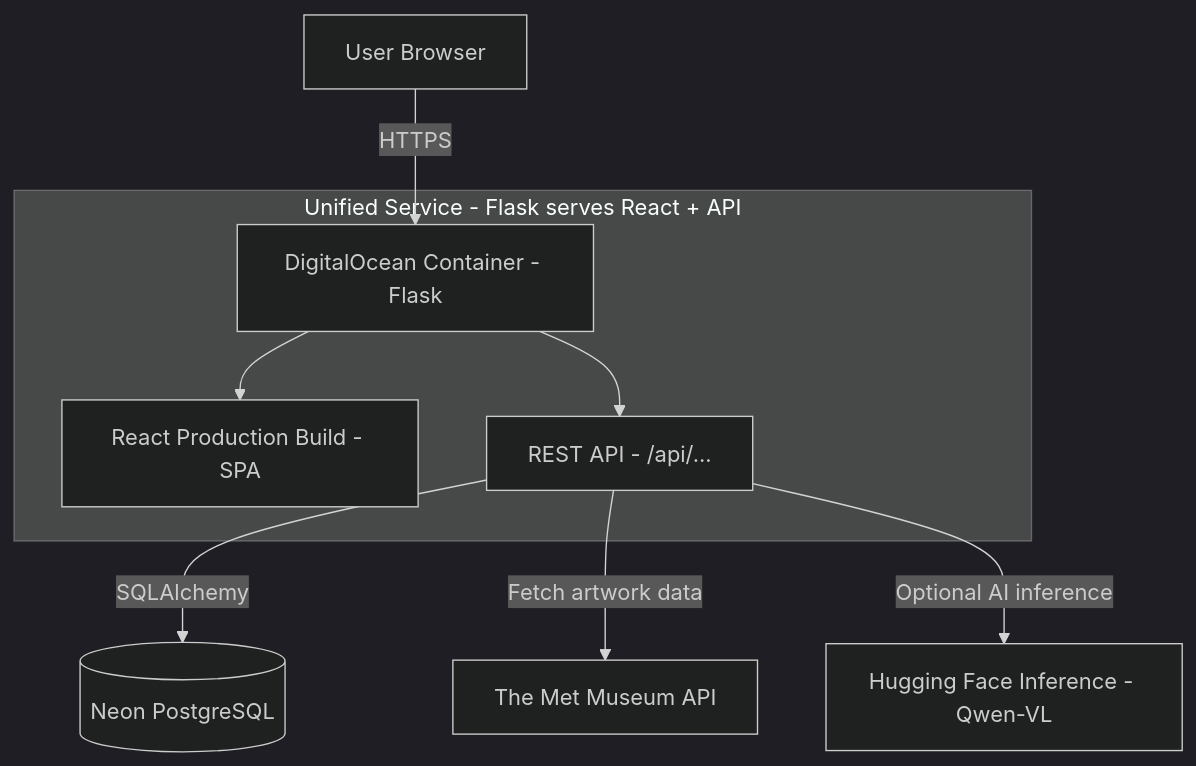
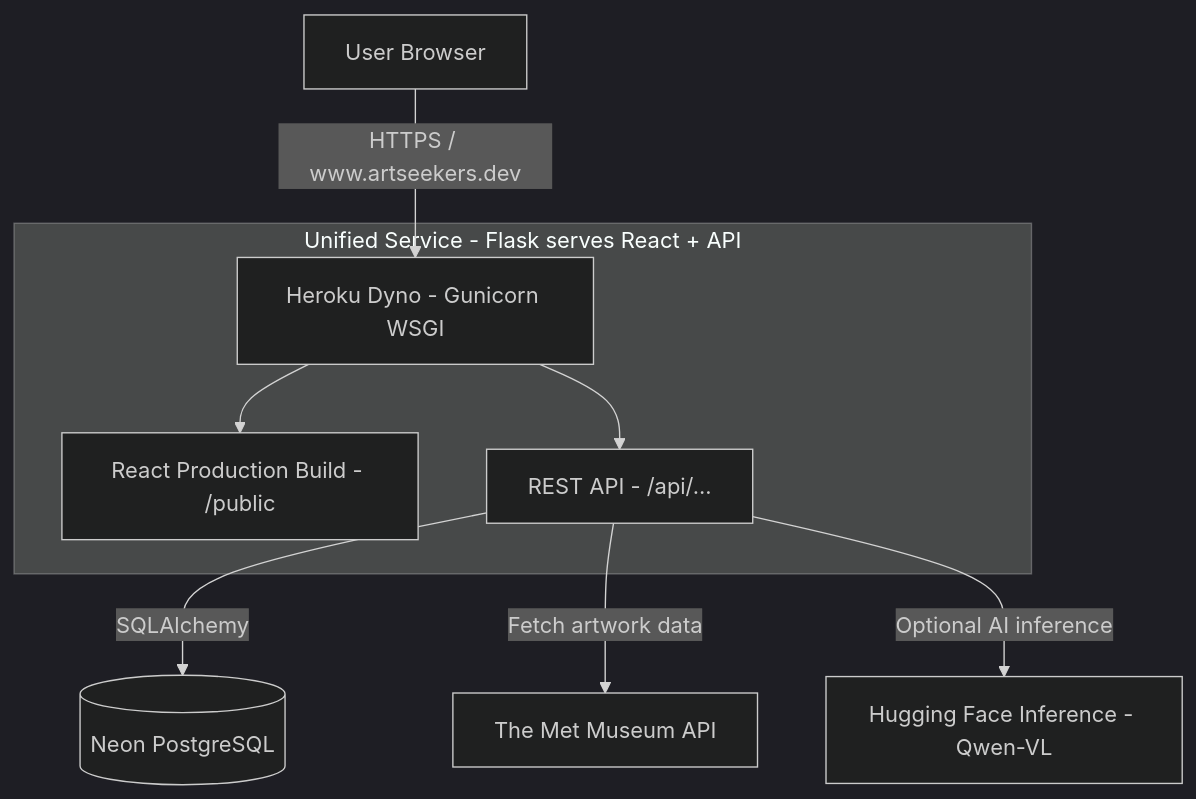
The diagram in README.md (Aleska134/Artseekers), drawn with Mermaid (dark theme) before and after one commit. The commit also changed other lines of this file, not shown here.

Commit message:
Update README with Heroku deployment architecture and live domain

````diff
--- a/README.md
+++ b/README.md
@@ -44,15 +40,15 @@
 ```mermaid
 flowchart TB
-  U[User Browser] -->|HTTPS| SVC[DigitalOcean Container - Flask]
-
+  U[User Browser] -->|HTTPS / www.artseekers.dev| HEROKU[Heroku Dyno - Gunicorn WSGI]
+ 
   subgraph APP[Unified Service - Flask serves React + API]
-    UI[React Production Build - SPA]
+    UI[React Production Build - /public]
     API[REST API - /api/...]
-    SVC --> UI
-    SVC --> API
+    HEROKU --> UI
+    HEROKU --> API
   end
-
+ 
   API -->|SQLAlchemy| DB[(Neon PostgreSQL)]
   API -->|Fetch artwork data| MET[The Met Museum API]
   API -->|Optional AI inference| HF[Hugging Face Inference - Qwen-VL]
 ```
````
